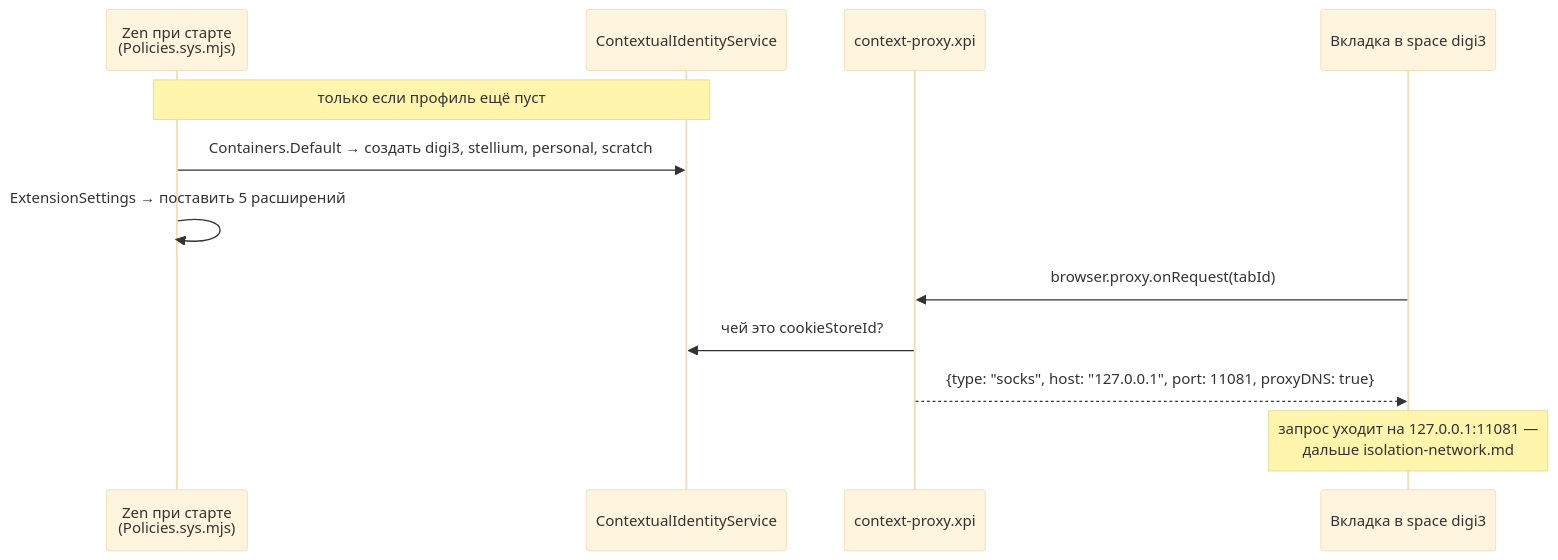
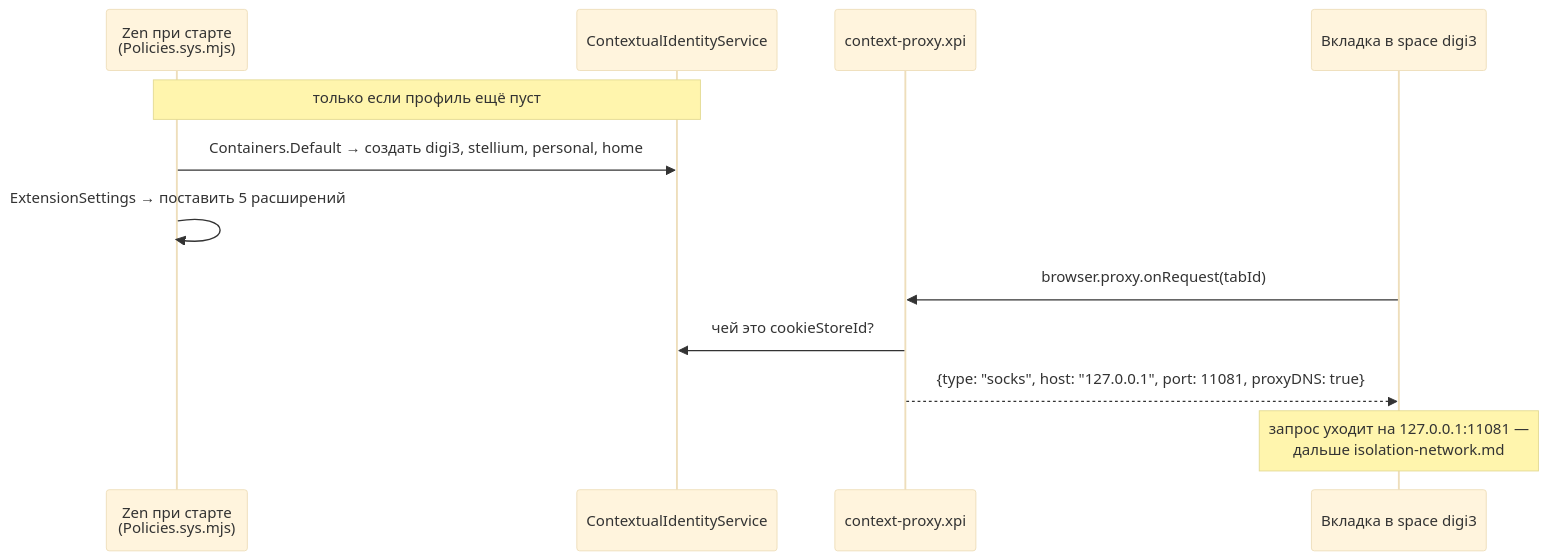
Before and after one commit to stpntkhnv/dotfiles: the second of 2 diagrams in docs/isolation-browser.md, drawn with Mermaid (base theme). The commit also changed other lines of this file and 10 other files, not shown here.

Commit message:
контейнер без работы: scratch становится home, со своим спейсом и закладками

````diff
--- a/docs/isolation-browser.md
+++ b/docs/isolation-browser.md
@@ -90,16 +90,16 @@
 ```mermaid
 sequenceDiagram
     participant P as Zen при старте<br/>(Policies.sys.mjs)
     participant CI as ContextualIdentityService
     participant CP as context-proxy.xpi
     participant T as Вкладка в space digi3
 
     Note over P,CI: только если профиль ещё пуст
-    P->>CI: Containers.Default → создать digi3, stellium, personal, scratch
+    P->>CI: Containers.Default → создать digi3, stellium, personal, home
     P->>P: ExtensionSettings → поставить 5 расширений
 
     T->>CP: browser.proxy.onRequest(tabId)
     CP->>CI: чей это cookieStoreId?
     CP-->>T: {type: "socks", host: "127.0.0.1", port: 11081, proxyDNS: true}
     Note over T: запрос уходит на 127.0.0.1:11081 —<br/>дальше isolation-network.md
 ```
````
